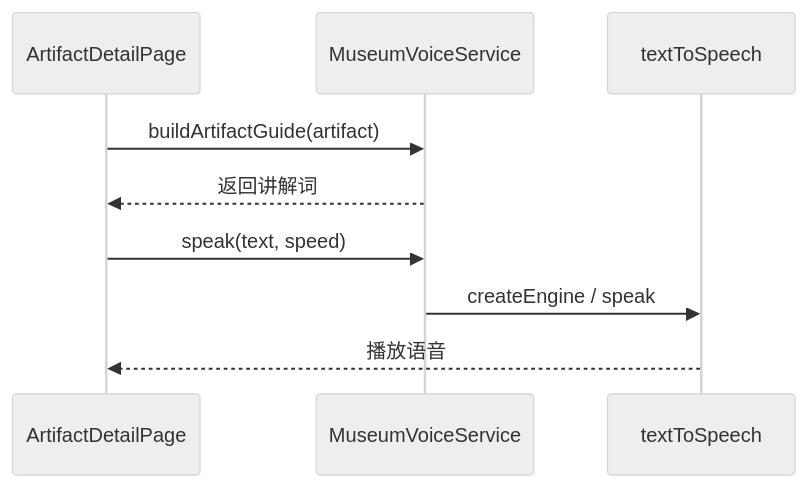
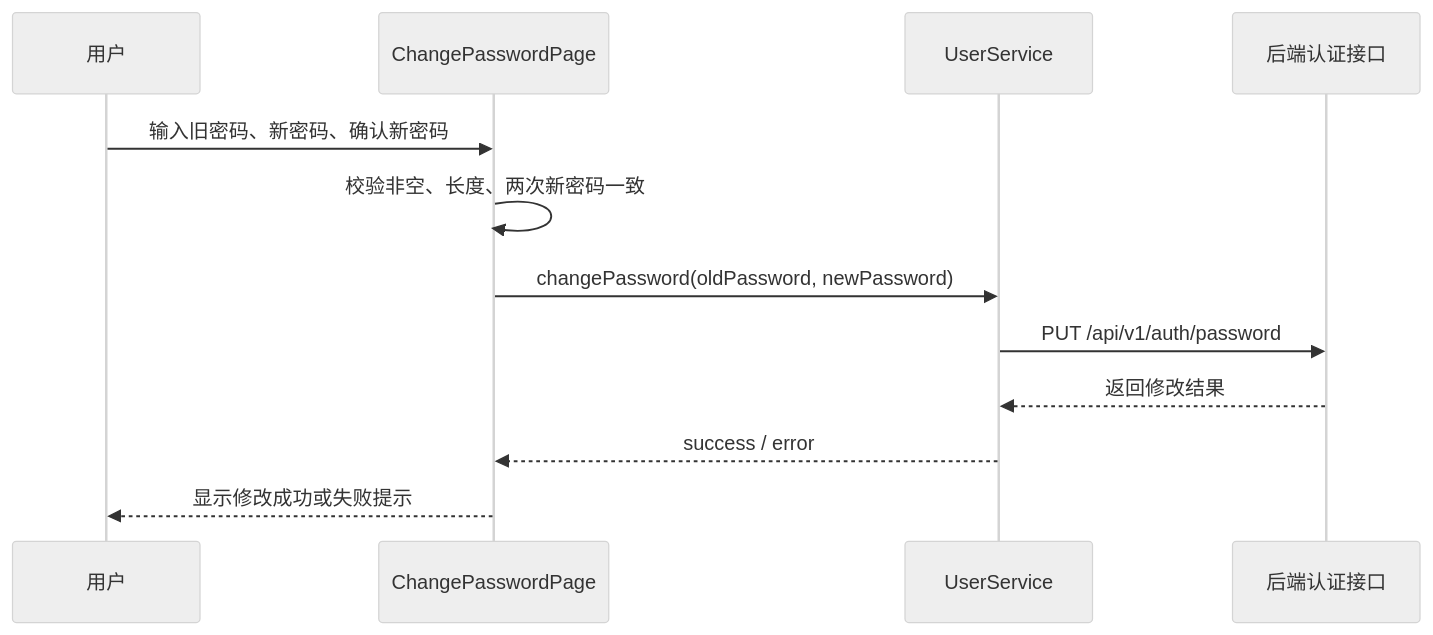
One commit to BUCT-CS2301/PalmMuseum changed diagram 16 of 18 in Doc/设计文档.md. Above: the diagram before and after it, drawn with Mermaid (neutral theme). The commit also changed other lines of this file, not shown here.

````diff
--- a/Doc/设计文档.md
+++ b/Doc/设计文档.md
@@ -613,12 +1321,15 @@
 ```mermaid
 sequenceDiagram
-    participant Detail as ArtifactDetailPage
-    participant Voice as MuseumVoiceService
-    participant TTS as textToSpeech
+    participant User as 用户
+    participant Page as ChangePasswordPage
+    participant Service as UserService
+    participant API as 后端认证接口
 
-    Detail->>Voice: buildArtifactGuide(artifact)
-    Voice-->>Detail: 返回讲解词
-    Detail->>Voice: speak(text, speed)
-    Voice->>TTS: createEngine / speak
-    TTS-->>Detail: 播放语音
+    User->>Page: 输入旧密码、新密码、确认新密码
+    Page->>Page: 校验非空、长度、两次新密码一致
+    Page->>Service: changePassword(oldPassword, newPassword)
+    Service->>API: PUT /api/v1/auth/password
+    API-->>Service: 返回修改结果
+    Service-->>Page: success / error
+    Page-->>User: 显示修改成功或失败提示
 ```
````
